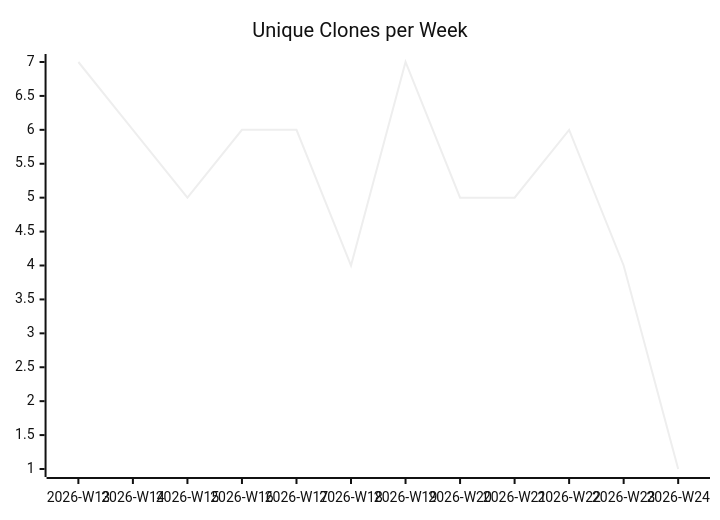
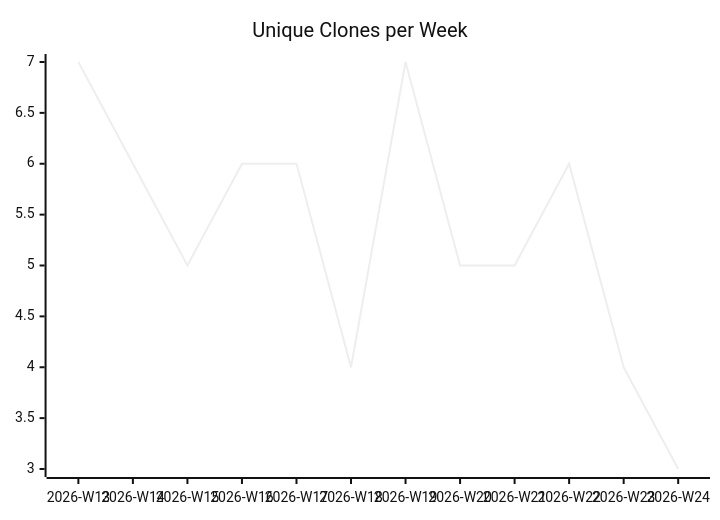
Before and after one commit to justdavis-family/github-analytics-data: the third of 3 diagrams in karlmdavis/lego-ev3dev-rs/README.md, drawn with Mermaid (neutral theme). The commit also changed other lines of this file and 194 other files, not shown here.

````diff
--- a/karlmdavis/lego-ev3dev-rs/README.md
+++ b/karlmdavis/lego-ev3dev-rs/README.md
@@ -19,6 +19,6 @@
 ```mermaid
 xychart-beta
   title "Unique Clones per Week"
   x-axis ["2026-W13", "2026-W14", "2026-W15", "2026-W16", "2026-W17", "2026-W18", "2026-W19", "2026-W20", "2026-W21", "2026-W22", "2026-W23", "2026-W24"]
-  line [7, 6, 5, 6, 6, 4, 7, 5, 5, 6, 4, 1]
+  line [7, 6, 5, 6, 6, 4, 7, 5, 5, 6, 4, 3]
 ```
````
